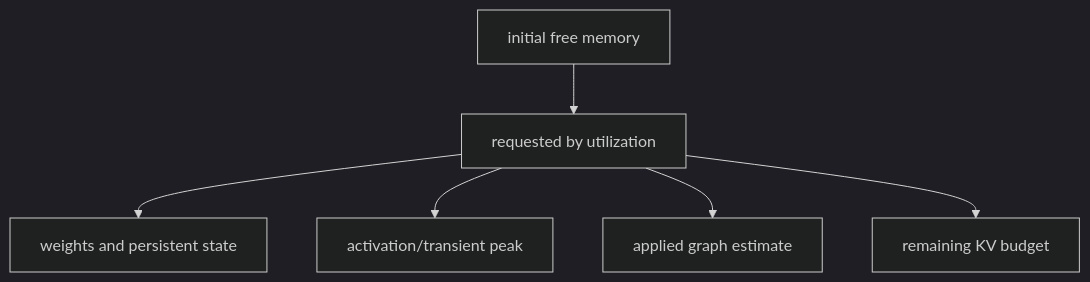
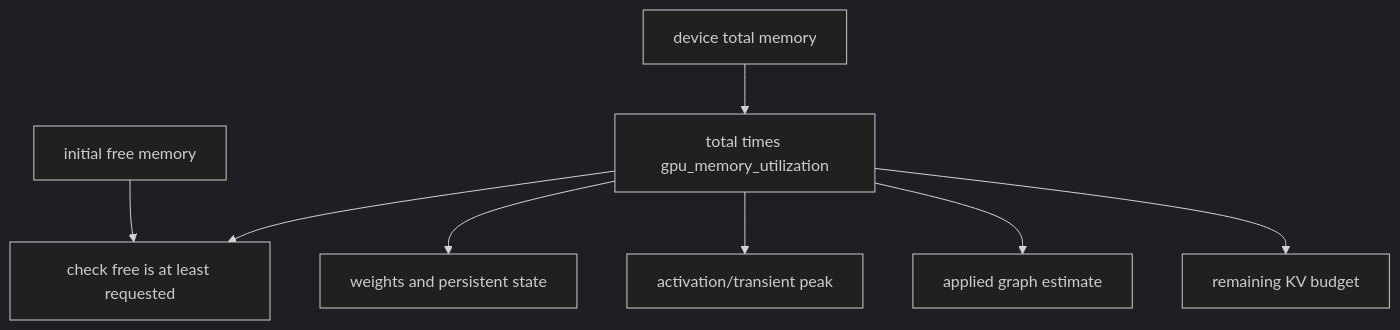
Diagram 16 of 41 in book/07-model-execution/README.md (cluster1900/vllm_reader), drawn with Mermaid (dark theme) before and after one commit. The commit also changed other lines of this file and 38 other files, not shown here.

````diff
--- a/book/07-model-execution/README.md
+++ b/book/07-model-execution/README.md
@@ -462,8 +479,10 @@
 ```mermaid
 flowchart TB
-    TOTAL["initial free memory"] --> REQ["requested by utilization"]
+    TOTAL["device total memory"] --> REQ["total times gpu_memory_utilization"]
+    FREE["initial free memory"] --> CHECK["check free is at least requested"]
+    REQ --> CHECK
     REQ --> W["weights and persistent state"]
     REQ --> A["activation/transient peak"]
     REQ --> G["applied graph estimate"]
     REQ --> K["remaining KV budget"]
 ```
````
